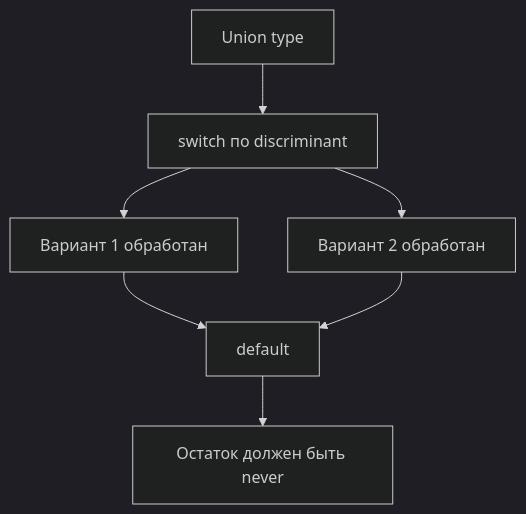
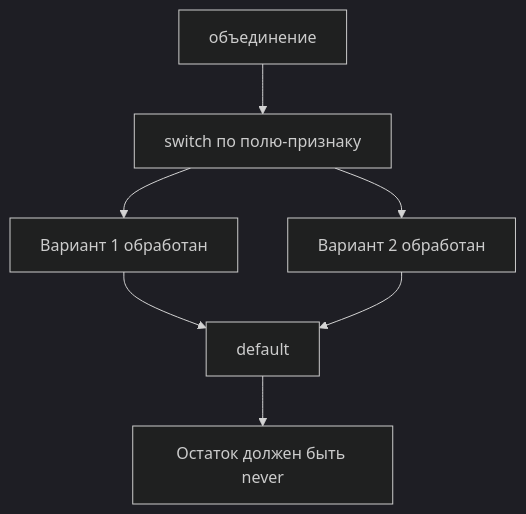
The first of 2 diagrams in docs/02-typescript/132-exhaustive-checks-with-never.md (Bimba333/qa-js-ts-cookbook), drawn with Mermaid (dark theme) before and after one commit. The commit also changed 101 other files, not shown here.

````diff
--- a/docs/02-typescript/132-exhaustive-checks-with-never.md
+++ b/docs/02-typescript/132-exhaustive-checks-with-never.md
@@ -102,9 +102,9 @@
 ```mermaid
 flowchart TD
-    A[Union type] --> B[switch по discriminant]
+    A["объединение"] --> B["switch по полю-признаку"]
     B --> C[Вариант 1 обработан]
     B --> D[Вариант 2 обработан]
     C --> E[default]
     D --> E
     E --> F[Остаток должен быть never]
 ```
````
